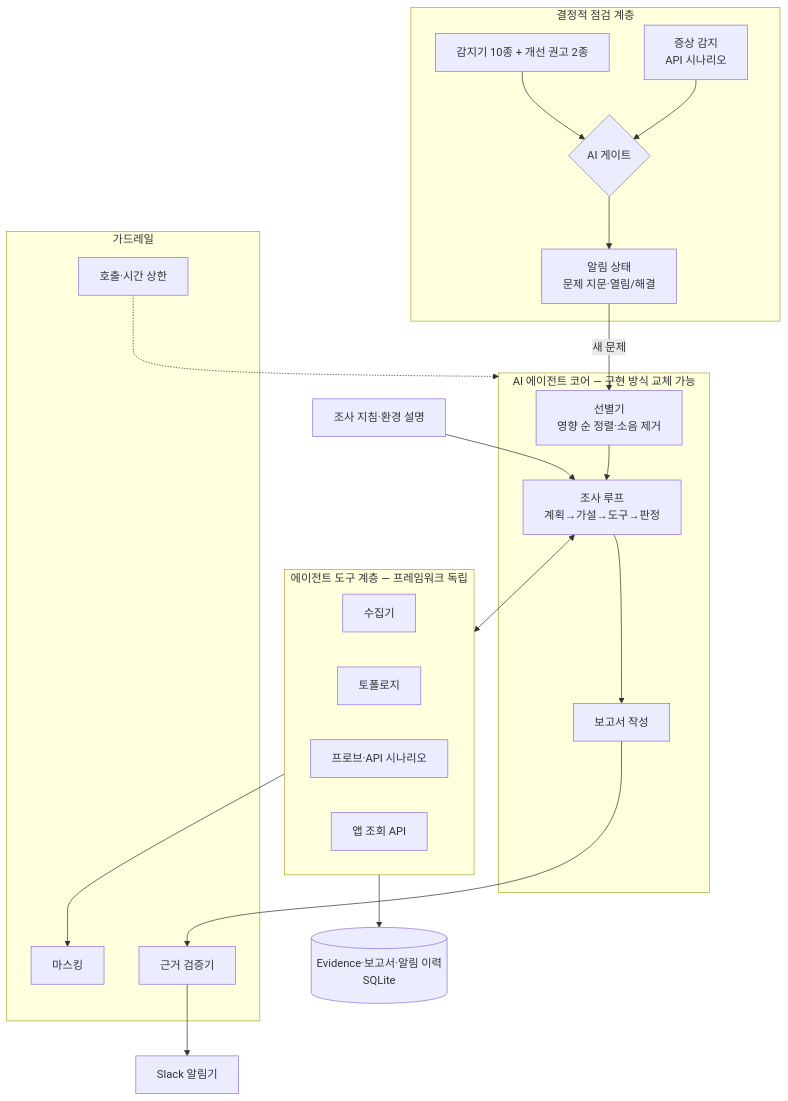
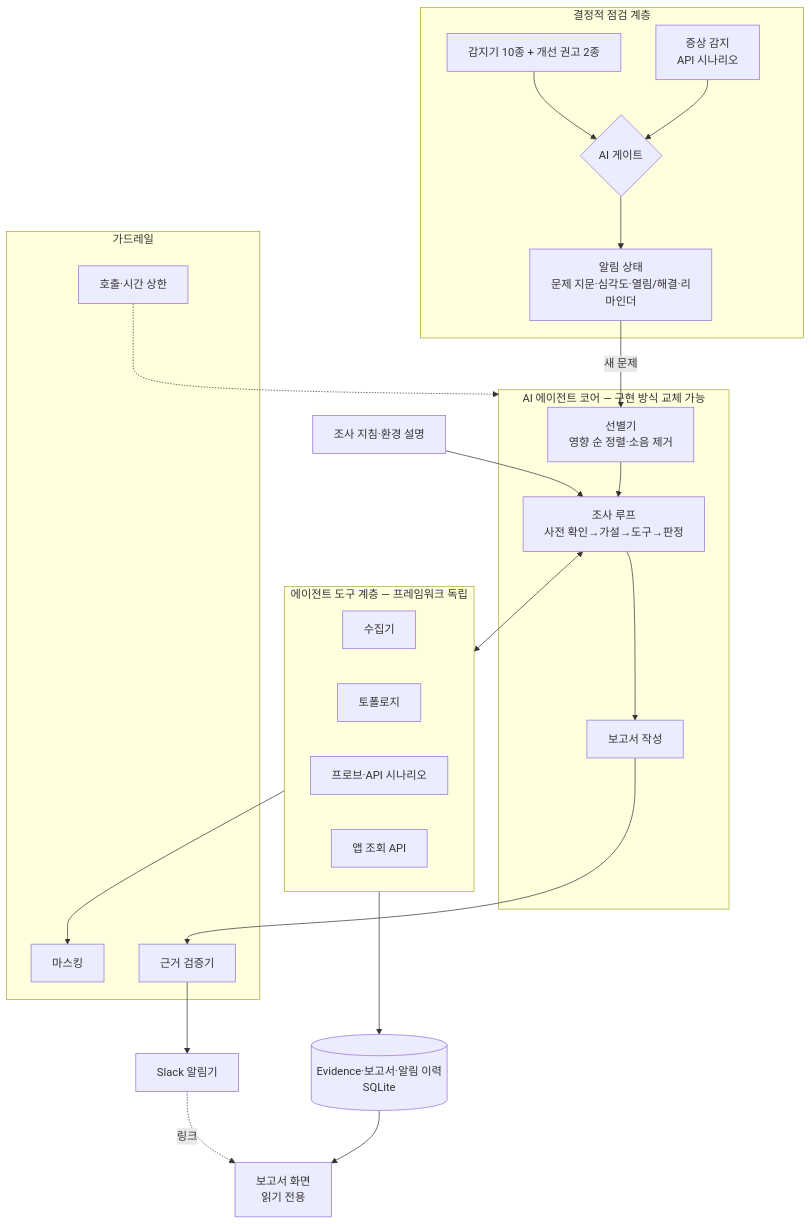
The third of 3 diagrams in docs/01-project-proposal.md (skax-jihyeryu/KubeGuardian), drawn with Mermaid before and after one commit. The commit also changed other lines of this file and 6 other files, not shown here.

````diff
--- a/docs/01-project-proposal.md
+++ b/docs/01-project-proposal.md
@@ -221,35 +227,37 @@
 ```mermaid
 flowchart TB
     subgraph Det[결정적 점검 계층]
         Rules[감지기 10종 + 개선 권고 2종]
         Sym[증상 감지<br/>API 시나리오]
         Gate{AI 게이트}
-        Alert[알림 상태<br/>문제 지문·열림/해결]
+        Alert[알림 상태<br/>문제 지문·심각도·열림/해결·리마인더]
         Rules --> Gate
         Sym --> Gate
         Gate --> Alert
     end
     subgraph Agent[AI 에이전트 코어 — 구현 방식 교체 가능]
         Triage[선별기<br/>영향 순 정렬·소음 제거]
-        Inv[조사 루프<br/>계획→가설→도구→판정]
+        Inv[조사 루프<br/>사전 확인→가설→도구→판정]
         Writer[보고서 작성]
     end
     subgraph Tools[에이전트 도구 계층 — 프레임워크 독립]
         Col[수집기]
         Topo[토폴로지]
         Probe[프로브·API 시나리오]
         App[앱 조회 API]
     end
     subgraph Guard[가드레일]
         Mask[마스킹]
         Val[근거 검증기]
         Bud[호출·시간 상한]
     end
     Alert -->|새 문제| Triage --> Inv --> Writer
     Inv <--> Tools
     RB[조사 지침·환경 설명] --> Inv
     Tools --> Mask
     Writer --> Val --> Notify[Slack 알림기]
     Bud -.-> Agent
     Tools --> Store[(Evidence·보고서·알림 이력<br/>SQLite)]
+    Store --> Screen[보고서 화면<br/>읽기 전용]
+    Notify -. 링크 .-> Screen
 ```
````
